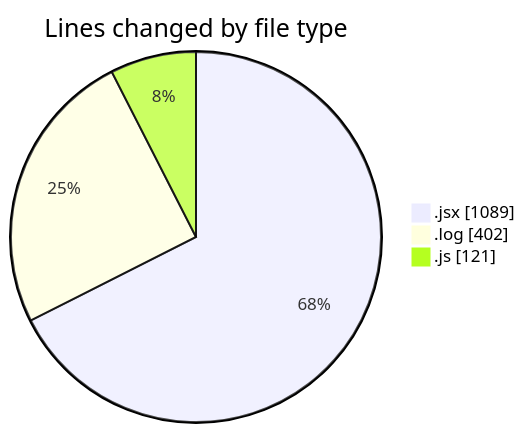
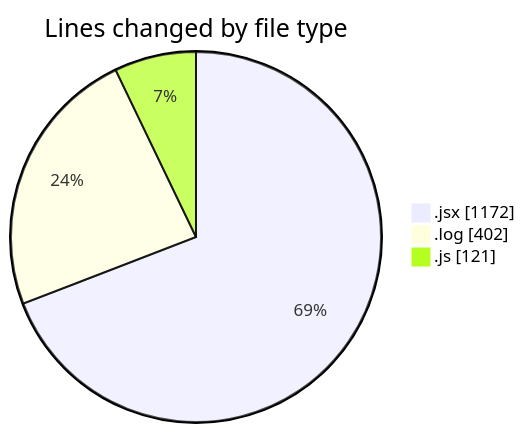
Before and after one commit to nxtqubesakshisongat/code-tracking: the first of 2 diagrams in 2025-05-02/nxtqube_webapp/README.md, drawn with Mermaid. The commit also changed other lines of this file and 1 other file, not shown here.

````diff
--- a/2025-05-02/nxtqube_webapp/README.md
+++ b/2025-05-02/nxtqube_webapp/README.md
@@ -24,7 +24,7 @@
 ```mermaid
 pie showData
 title Lines changed by file type
-".jsx" : 1089
+".jsx" : 1172
 ".log" : 402
 ".js" : 121
 ```
````
